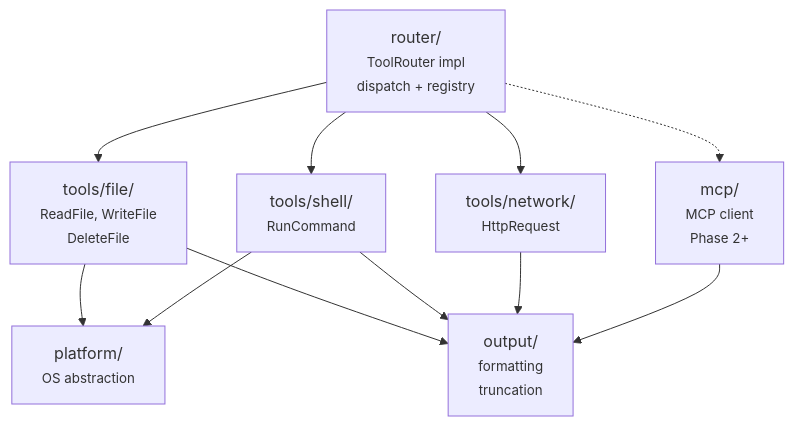
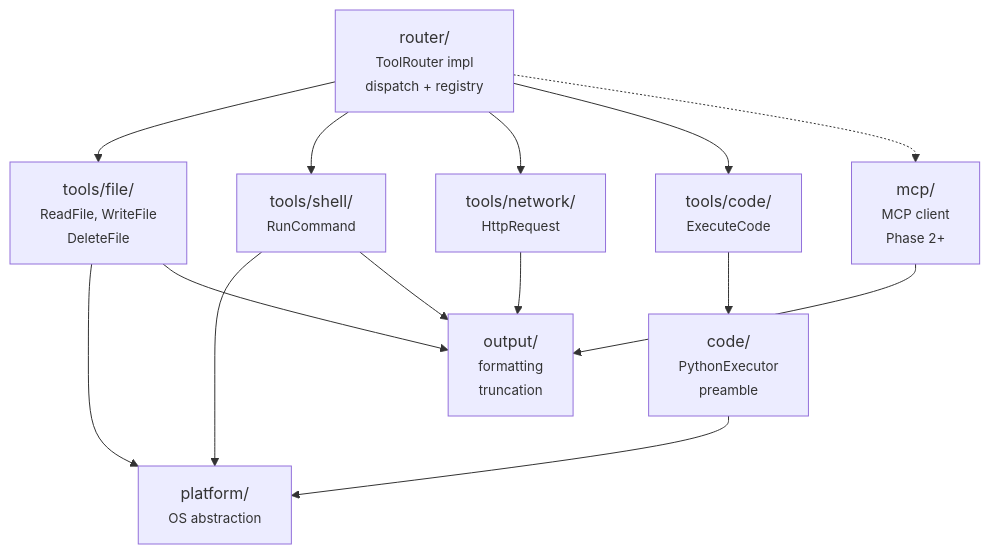
One commit to suman724/cowork-infra changed the second of 3 diagrams in docs/components/local-tool-runtime.md. Above: the diagram before and after it, drawn with Mermaid. The commit also changed other lines of this file and 3 other files, not shown here.

First line of the commit message:
docs: add Code.Execute capability to architecture and component docs (#12)

````diff
--- a/docs/components/local-tool-runtime.md
+++ b/docs/components/local-tool-runtime.md
@@ -77,21 +79,26 @@
 ```mermaid
 flowchart TD
   router["router/<br/><small>ToolRouter impl<br/>dispatch + registry</small>"]
   file["tools/file/<br/><small>ReadFile, WriteFile<br/>DeleteFile</small>"]
   shell["tools/shell/<br/><small>RunCommand</small>"]
   network["tools/network/<br/><small>HttpRequest</small>"]
+  code["tools/code/<br/><small>ExecuteCode</small>"]
+  codeEngine["code/<br/><small>PythonExecutor<br/>preamble</small>"]
   platform["platform/<br/><small>OS abstraction</small>"]
   mcp["mcp/<br/><small>MCP client<br/>Phase 2+</small>"]
   output["output/<br/><small>formatting<br/>truncation</small>"]
 
   router --> file
   router --> shell
   router --> network
+  router --> code
+  code --> codeEngine
+  codeEngine --> platform
   router -.-> mcp
   file --> platform
   file --> output
   shell --> platform
   shell --> output
   network --> output
   mcp --> output
 ```
````
